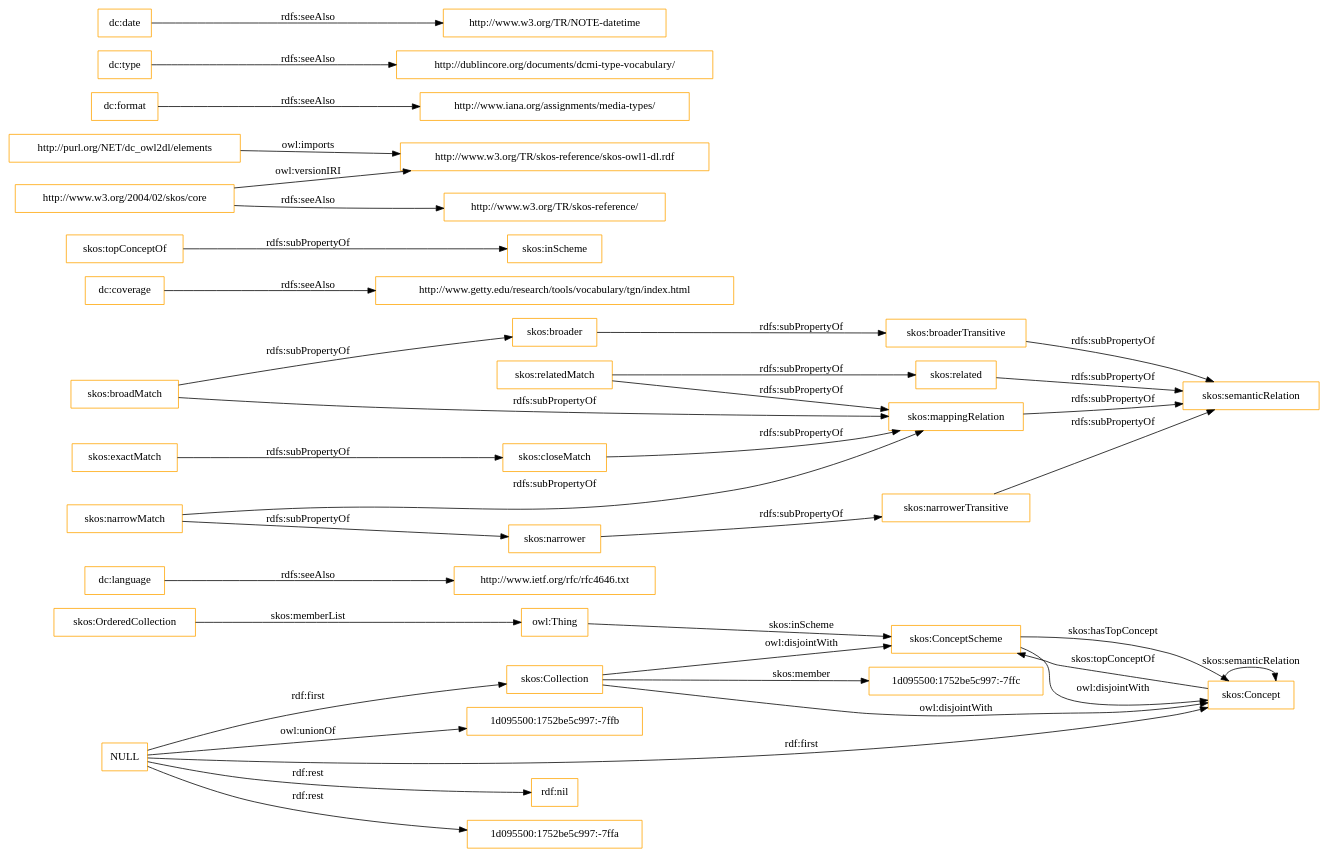
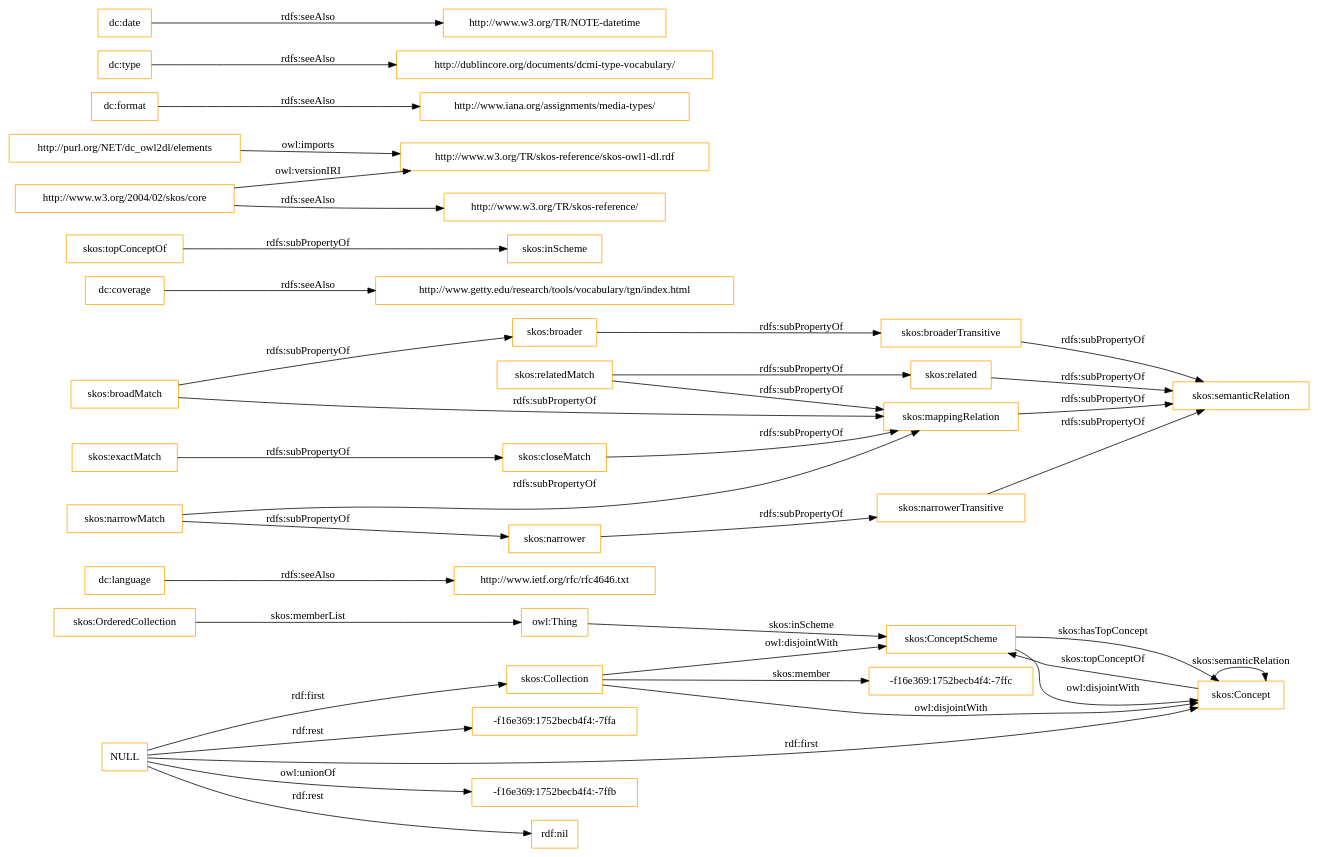
Before and after one commit to OnToologyUser/core-ontology-1: the diagram in OnToology/imports/elements.owl/diagrams/ar2dtool-class/elements.owl.png.dot, drawn with Graphviz. The commit also changed 14 other files, not shown here.

```diff
--- a/OnToology/imports/elements.owl/diagrams/ar2dtool-class/elements.owl.png.dot
+++ b/OnToology/imports/elements.owl/diagrams/ar2dtool-class/elements.owl.png.dot
@@ -1,43 +1,43 @@
 digraph ar2dtool_diagram { 
 rankdir=LR;
 size="1501"
-node [shape = rectangle, color="orange"]; "1d095500:1752be5c997:-7ffc" "skos:OrderedCollection" "skos:Collection" "skos:ConceptScheme" "skos:Concept" ; /*classes style*/
+node [shape = rectangle, color="orange"]; "-f16e369:1752becb4f4:-7ffc" "skos:OrderedCollection" "skos:Collection" "skos:ConceptScheme" "skos:Concept" ; /*classes style*/
 	"dc:language" -> "http://www.ietf.org/rfc/rfc4646.txt" [ label = "rdfs:seeAlso" ];
+	"NULL" -> "-f16e369:1752becb4f4:-7ffb" [ label = "owl:unionOf" ];
 	"NULL" -> "rdf:nil" [ label = "rdf:rest" ];
 	"NULL" -> "skos:Collection" [ label = "rdf:first" ];
-	"NULL" -> "1d095500:1752be5c997:-7ffa" [ label = "rdf:rest" ];
+	"NULL" -> "-f16e369:1752becb4f4:-7ffa" [ label = "rdf:rest" ];
 	"NULL" -> "skos:Concept" [ label = "rdf:first" ];
-	"NULL" -> "1d095500:1752be5c997:-7ffb" [ label = "owl:unionOf" ];
 	"skos:closeMatch" -> "skos:mappingRelation" [ label = "rdfs:subPropertyOf" ];
 	"dc:coverage" -> "http://www.getty.edu/research/tools/vocabulary/tgn/index.html" [ label = "rdfs:seeAlso" ];
 	"skos:relatedMatch" -> "skos:related" [ label = "rdfs:subPropertyOf" ];
 	"skos:relatedMatch" -> "skos:mappingRelation" [ label = "rdfs:subPropertyOf" ];
 	"skos:ConceptScheme" -> "skos:Concept" [ label = "owl:disjointWith" ];
 	"skos:related" -> "skos:semanticRelation" [ label = "rdfs:subPropertyOf" ];
 	"skos:topConceptOf" -> "skos:inScheme" [ label = "rdfs:subPropertyOf" ];
 	"skos:broadMatch" -> "skos:broader" [ label = "rdfs:subPropertyOf" ];
 	"skos:broadMatch" -> "skos:mappingRelation" [ label = "rdfs:subPropertyOf" ];
 	"http://purl.org/NET/dc_owl2dl/elements" -> "http://www.w3.org/TR/skos-reference/skos-owl1-dl.rdf" [ label = "owl:imports" ];
 	"skos:exactMatch" -> "skos:closeMatch" [ label = "rdfs:subPropertyOf" ];
 	"dc:format" -> "http://www.iana.org/assignments/media-types/" [ label = "rdfs:seeAlso" ];
 	"skos:broaderTransitive" -> "skos:semanticRelation" [ label = "rdfs:subPropertyOf" ];
 	"dc:type" -> "http://dublincore.org/documents/dcmi-type-vocabulary/" [ label = "rdfs:seeAlso" ];
 	"skos:broader" -> "skos:broaderTransitive" [ label = "rdfs:subPropertyOf" ];
 	"skos:mappingRelation" -> "skos:semanticRelation" [ label = "rdfs:subPropertyOf" ];
 	"http://www.w3.org/2004/02/skos/core" -> "http://www.w3.org/TR/skos-reference/skos-owl1-dl.rdf" [ label = "owl:versionIRI" ];
 	"http://www.w3.org/2004/02/skos/core" -> "http://www.w3.org/TR/skos-reference/" [ label = "rdfs:seeAlso" ];
 	"skos:Collection" -> "skos:ConceptScheme" [ label = "owl:disjointWith" ];
 	"skos:Collection" -> "skos:Concept" [ label = "owl:disjointWith" ];
 	"skos:narrowMatch" -> "skos:narrower" [ label = "rdfs:subPropertyOf" ];
 	"skos:narrowMatch" -> "skos:mappingRelation" [ label = "rdfs:subPropertyOf" ];
 	"skos:narrower" -> "skos:narrowerTransitive" [ label = "rdfs:subPropertyOf" ];
 	"dc:date" -> "http://www.w3.org/TR/NOTE-datetime" [ label = "rdfs:seeAlso" ];
 	"skos:narrowerTransitive" -> "skos:semanticRelation" [ label = "rdfs:subPropertyOf" ];
 	"skos:OrderedCollection" -> "owl:Thing" [ label = "skos:memberList" ];
 	"skos:Concept" -> "skos:ConceptScheme" [ label = "skos:topConceptOf" ];
 	"skos:Concept" -> "skos:Concept" [ label = "skos:semanticRelation" ];
-	"skos:Collection" -> "1d095500:1752be5c997:-7ffc" [ label = "skos:member" ];
+	"skos:Collection" -> "-f16e369:1752becb4f4:-7ffc" [ label = "skos:member" ];
 	"skos:ConceptScheme" -> "skos:Concept" [ label = "skos:hasTopConcept" ];
 	"owl:Thing" -> "skos:ConceptScheme" [ label = "skos:inScheme" ];
 
 }
```
